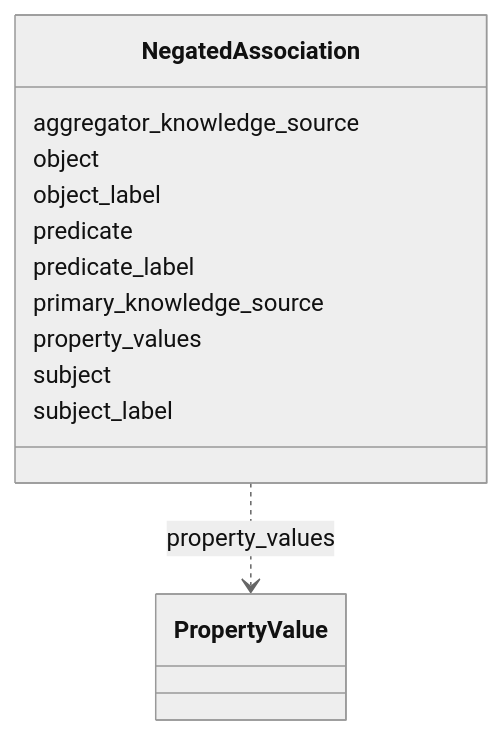
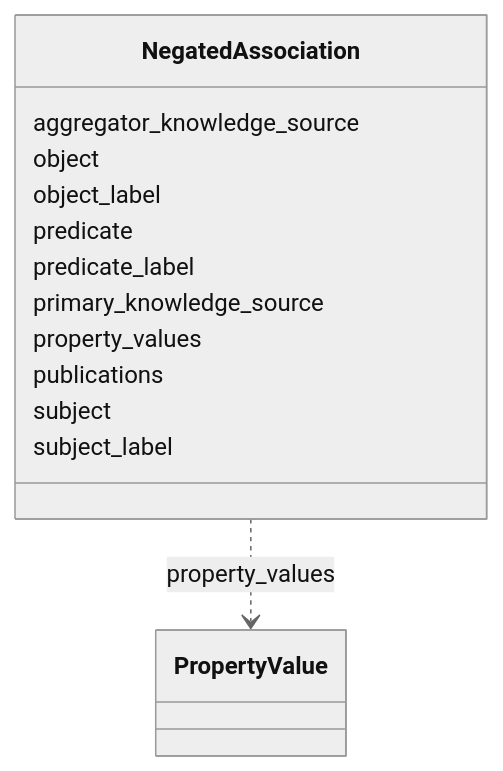
The diagram in association/NegatedAssociation.md (INCATools/ontology-access-kit), drawn with Mermaid (neutral theme) before and after one commit. The commit also changed other lines of this file and 68 other files, not shown here.

````diff
--- a/association/NegatedAssociation.md
+++ b/association/NegatedAssociation.md
@@ -11,25 +11,27 @@
 ```{mermaid}
  classDiagram
     class NegatedAssociation
       NegatedAssociation : aggregator_knowledge_source
         
       NegatedAssociation : object
         
       NegatedAssociation : object_label
         
       NegatedAssociation : predicate
         
       NegatedAssociation : predicate_label
         
       NegatedAssociation : primary_knowledge_source
         
       NegatedAssociation : property_values
         
           NegatedAssociation ..> PropertyValue : property_values
         
+      NegatedAssociation : publications
+        
       NegatedAssociation : subject
         
       NegatedAssociation : subject_label
         
       
 ```
````
